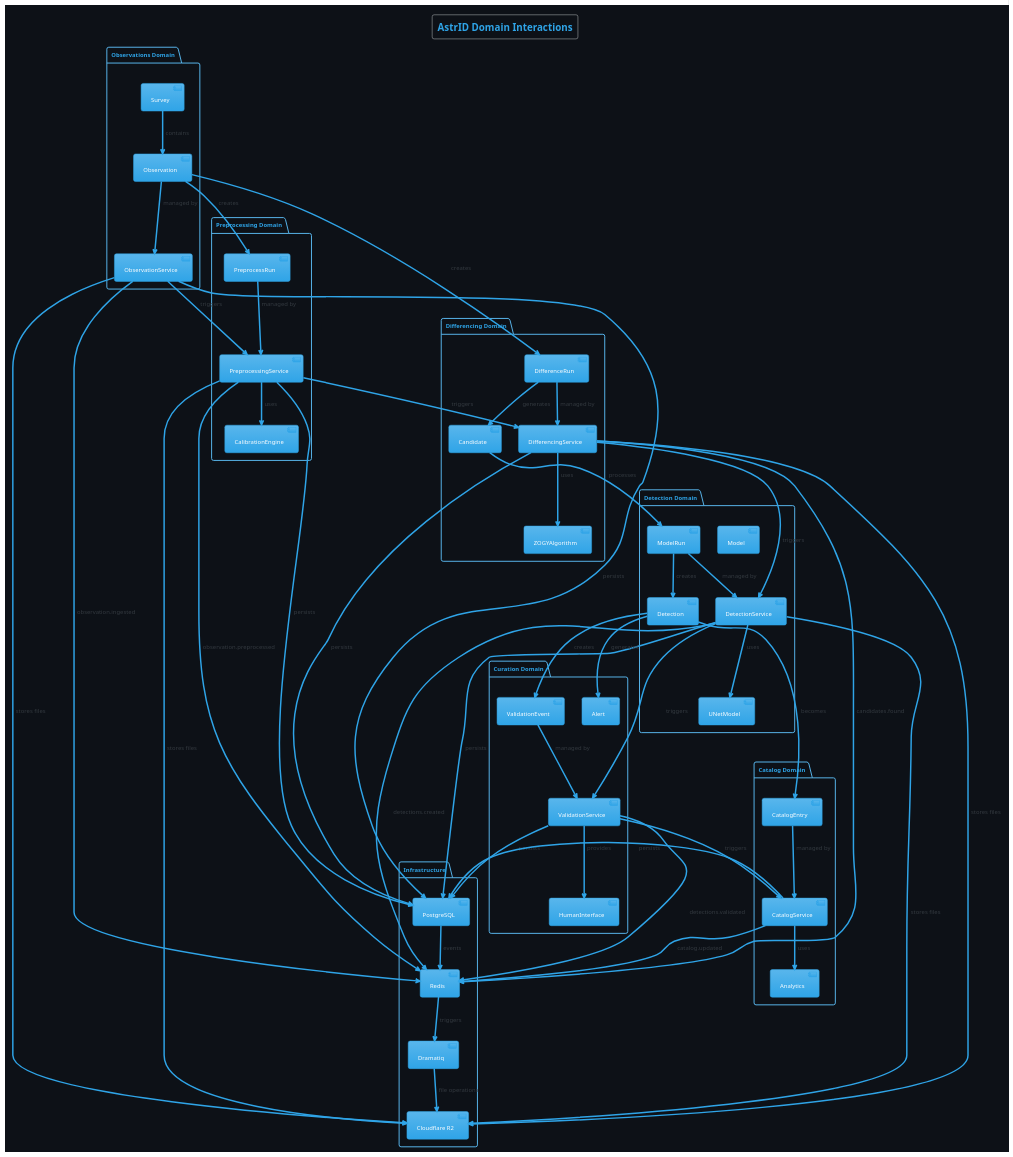
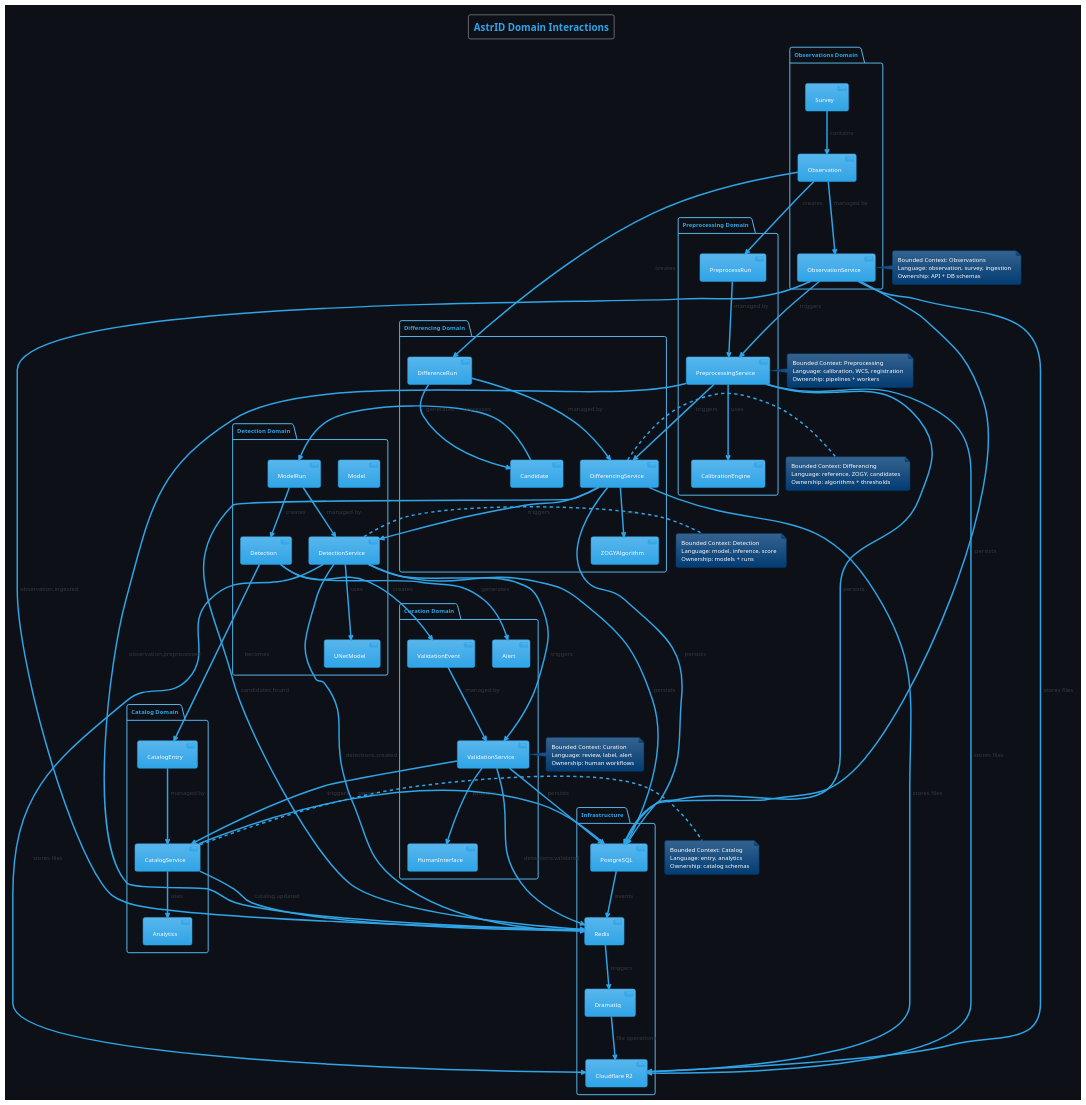
One commit to Lawrence908/AstrID changed the diagram in docs/diagrams/domain-interactions.puml. Above: the diagram before and after it, drawn with PlantUML. The commit also changed 12 other files, not shown here.

```diff
--- a/docs/diagrams/domain-interactions.puml
+++ b/docs/diagrams/domain-interactions.puml
@@ -1,116 +1,153 @@
 @startuml AstrID Domain Interactions
 !theme cerulean
 skinparam backgroundColor #0D1117
 skinparam defaultFontName Arial
 skinparam defaultFontSize 12
 
 title AstrID Domain Interactions
 
 package "Observations Domain" {
     [Survey] as Survey
     [Observation] as Observation
     [ObservationService] as ObsService
 }
 
 package "Preprocessing Domain" {
     [PreprocessRun] as PreprocessRun
     [PreprocessingService] as PreprocessService
     [CalibrationEngine] as CalibrationEngine
 }
 
 package "Differencing Domain" {
     [DifferenceRun] as DifferenceRun
     [Candidate] as Candidate
     [DifferencingService] as DiffService
     [ZOGYAlgorithm] as ZOGY
 }
 
 package "Detection Domain" {
     [Model] as Model
     [ModelRun] as ModelRun
     [Detection] as Detection
     [DetectionService] as DetectionService
     [UNetModel] as UNet
 }
 
 package "Curation Domain" {
     [ValidationEvent] as ValidationEvent
     [Alert] as Alert
     [ValidationService] as ValidationService
     [HumanInterface] as HumanInterface
 }
 
 package "Catalog Domain" {
     [CatalogEntry] as CatalogEntry
     [Analytics] as Analytics
     [CatalogService] as CatalogService
 }
 
 package "Infrastructure" {
     [PostgreSQL] as DB
     [Cloudflare R2] as R2
     [Redis] as Redis
     [Dramatiq] as Dramatiq
 }
 
 ' Observation flow
 Survey --> Observation : contains
 Observation --> ObsService : managed by
 ObsService --> PreprocessService : triggers
 ObsService --> DB : persists
 ObsService --> R2 : stores files
 
 ' Preprocessing flow
 Observation --> PreprocessRun : creates
 PreprocessRun --> PreprocessService : managed by
 PreprocessService --> CalibrationEngine : uses
 PreprocessService --> DiffService : triggers
 PreprocessService --> DB : persists
 PreprocessService --> R2 : stores files
 
 ' Differencing flow
 Observation --> DifferenceRun : creates
 DifferenceRun --> Candidate : generates
 DifferenceRun --> DiffService : managed by
 DiffService --> ZOGY : uses
 DiffService --> DetectionService : triggers
 DiffService --> DB : persists
 DiffService --> R2 : stores files
 
 ' Detection flow
 Candidate --> ModelRun : processes
 ModelRun --> Detection : creates
 ModelRun --> DetectionService : managed by
 DetectionService --> UNet : uses
 DetectionService --> ValidationService : triggers
 DetectionService --> DB : persists
 DetectionService --> R2 : stores files
 
 ' Validation flow
 Detection --> ValidationEvent : creates
 Detection --> Alert : generates
 ValidationEvent --> ValidationService : managed by
 ValidationService --> HumanInterface : provides
 ValidationService --> CatalogService : triggers
 ValidationService --> DB : persists
 
 ' Catalog flow
 Detection --> CatalogEntry : becomes
 CatalogEntry --> CatalogService : managed by
 CatalogService --> Analytics : uses
 CatalogService --> DB : persists
 
 ' Infrastructure connections
 DB --> Redis : events
 Redis --> Dramatiq : triggers
 Dramatiq --> R2 : file operations
 
 ' Cross-domain events
 ObsService --> Redis : "observation.ingested"
 PreprocessService --> Redis : "observation.preprocessed"
 DiffService --> Redis : "candidates.found"
 DetectionService --> Redis : "detections.created"
 ValidationService --> Redis : "detections.validated"
 CatalogService --> Redis : "catalog.updated"
 
+' Bounded Context Notes
+note right of ObsService
+  Bounded Context: Observations
+  Language: observation, survey, ingestion
+  Ownership: API + DB schemas
+end note
+
+note right of PreprocessService
+  Bounded Context: Preprocessing
+  Language: calibration, WCS, registration
+  Ownership: pipelines + workers
+end note
+
+note right of DiffService
+  Bounded Context: Differencing
+  Language: reference, ZOGY, candidates
+  Ownership: algorithms + thresholds
+end note
+
+note right of DetectionService
+  Bounded Context: Detection
+  Language: model, inference, score
+  Ownership: models + runs
+end note
+
+note right of ValidationService
+  Bounded Context: Curation
+  Language: review, label, alert
+  Ownership: human workflows
+end note
+
+note right of CatalogService
+  Bounded Context: Catalog
+  Language: entry, analytics
+  Ownership: catalog schemas
+end note
+
 @enduml
```
